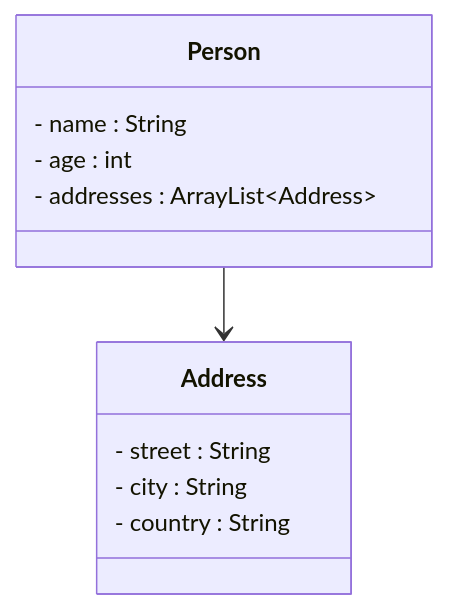
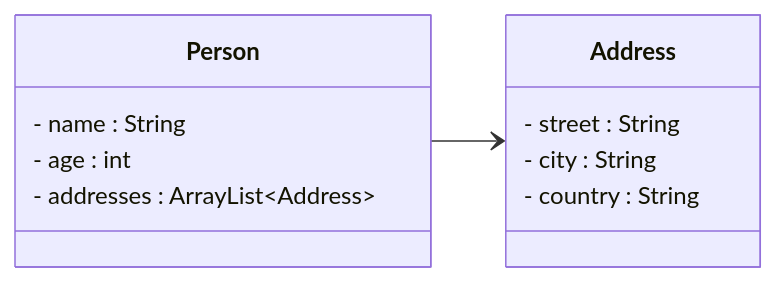
Before and after one commit to TroelsMortensen/Codelabs2: the second of 3 diagrams in Articles/Session 12 - One to Many/003 UML.md, drawn with Mermaid. The commit also changed other lines of this file and 6 other files, not shown here.

````diff
--- a/Articles/Session 12 - One to Many/003 UML.md
+++ b/Articles/Session 12 - One to Many/003 UML.md
@@ -29,16 +31,18 @@
 ```mermaid
 classDiagram
+    direction LR
+    
     class Person {
         - name : String
         - age : int
         - addresses : ArrayList~Address~
     }
     
     class Address {
         - street : String
         - city : String
         - country : String
     }
-    Person -->  Address
+    Person --> Address
 
 ```
````
